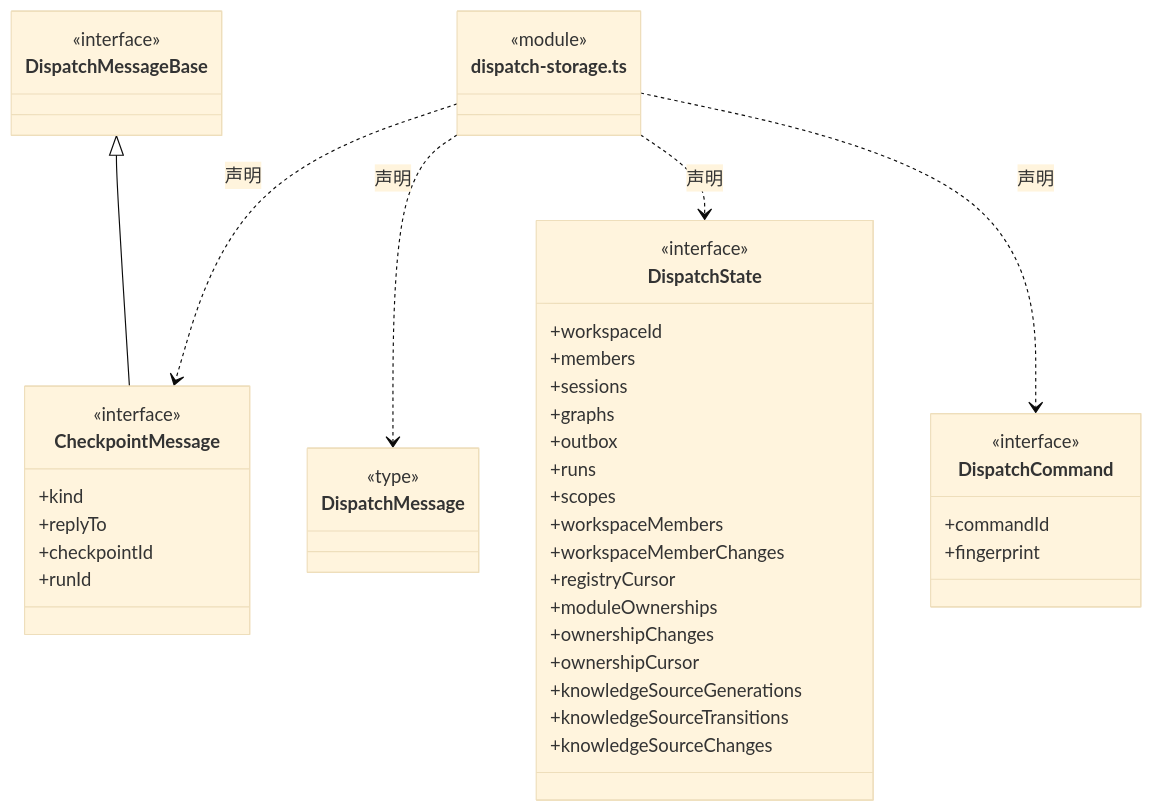
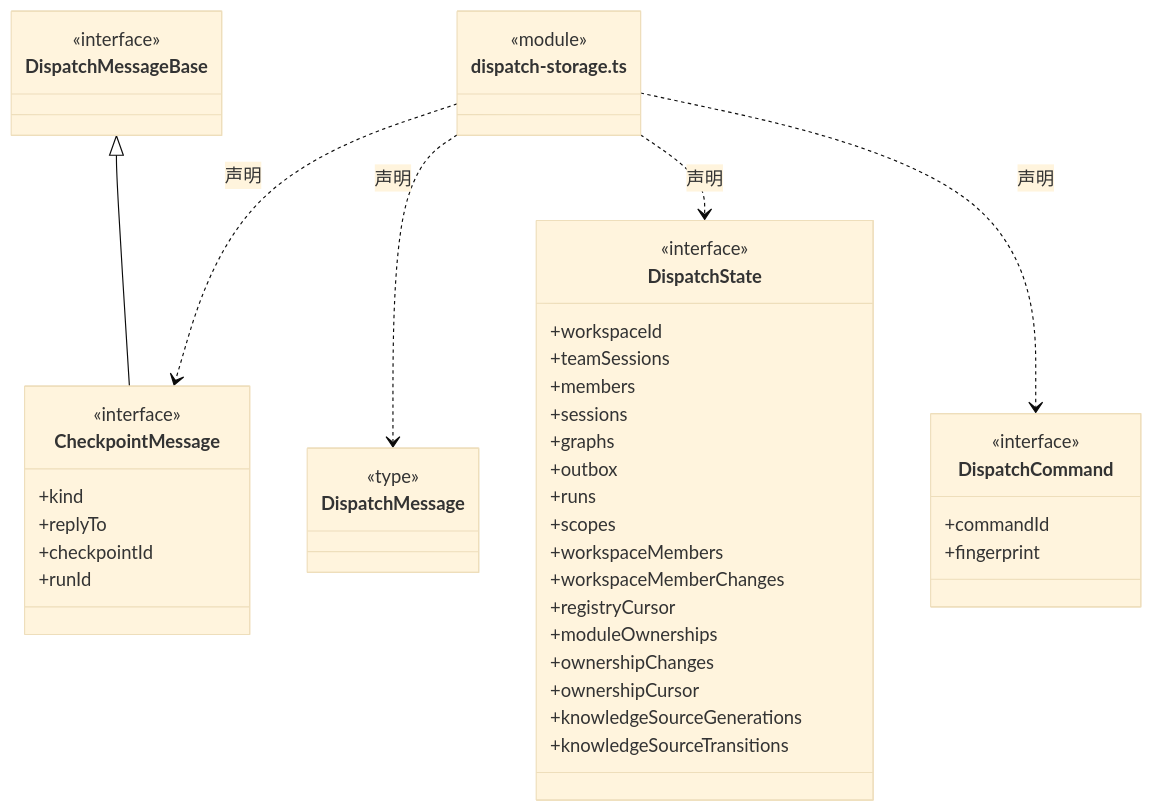
The second of 4 diagrams in src/logic/dispatch/rules/ARCHITECTURE.md (nan023062/cbim), drawn with Mermaid (base theme) before and after one commit. The commit also changed other lines of this file and 26 other files, not shown here.

````diff
--- a/src/logic/dispatch/rules/ARCHITECTURE.md
+++ b/src/logic/dispatch/rules/ARCHITECTURE.md
@@ -67,49 +67,49 @@
 ```mermaid
 classDiagram
 class N_src_logic_dispatch_rules_dispatch_storage_ts["dispatch-storage.ts"] {
   <<module>>
 }
 class N_src_logic_dispatch_rules_dispatch_storage_ts_CheckpointMessage["CheckpointMessage"] {
   <<interface>>
   +kind
   +replyTo
   +checkpointId
   +runId
 }
 N_src_logic_dispatch_rules_dispatch_storage_ts ..> N_src_logic_dispatch_rules_dispatch_storage_ts_CheckpointMessage : 声明
 class N_src_logic_dispatch_rules_dispatch_storage_ts_DispatchMessageBase["DispatchMessageBase"] {
   <<interface>>
 }
 N_src_logic_dispatch_rules_dispatch_storage_ts_DispatchMessageBase <|-- N_src_logic_dispatch_rules_dispatch_storage_ts_CheckpointMessage
 class N_src_logic_dispatch_rules_dispatch_storage_ts_DispatchMessage["DispatchMessage"] {
   <<type>>
 
 }
 N_src_logic_dispatch_rules_dispatch_storage_ts ..> N_src_logic_dispatch_rules_dispatch_storage_ts_DispatchMessage : 声明
 class N_src_logic_dispatch_rules_dispatch_storage_ts_DispatchState["DispatchState"] {
   <<interface>>
   +workspaceId
+  +teamSessions
   +members
   +sessions
   +graphs
   +outbox
   +runs
   +scopes
   +workspaceMembers
   +workspaceMemberChanges
   +registryCursor
   +moduleOwnerships
   +ownershipChanges
   +ownershipCursor
   +knowledgeSourceGenerations
   +knowledgeSourceTransitions
-  +knowledgeSourceChanges
 }
 N_src_logic_dispatch_rules_dispatch_storage_ts ..> N_src_logic_dispatch_rules_dispatch_storage_ts_DispatchState : 声明
 class N_src_logic_dispatch_rules_dispatch_storage_ts_DispatchCommand["DispatchCommand"] {
   <<interface>>
   +commandId
   +fingerprint
 }
 N_src_logic_dispatch_rules_dispatch_storage_ts ..> N_src_logic_dispatch_rules_dispatch_storage_ts_DispatchCommand : 声明
 ```
````
